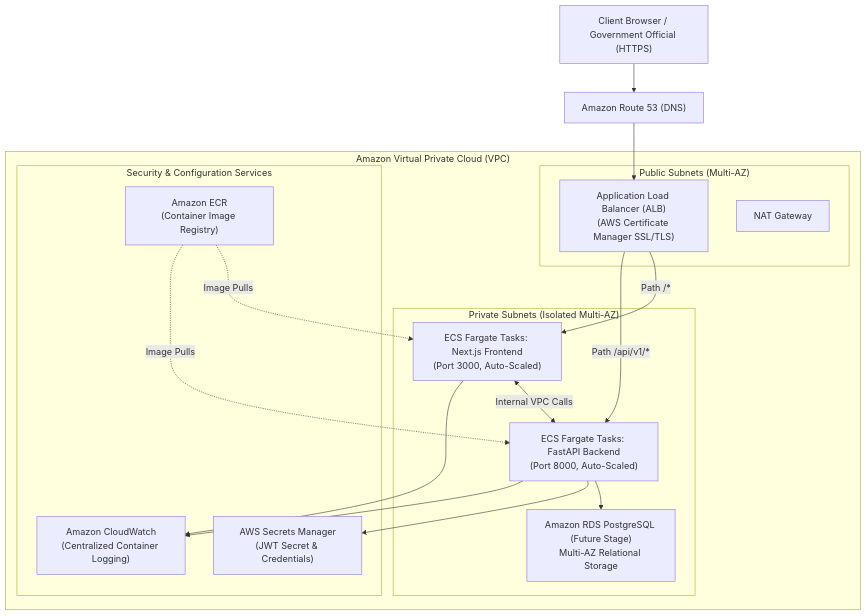
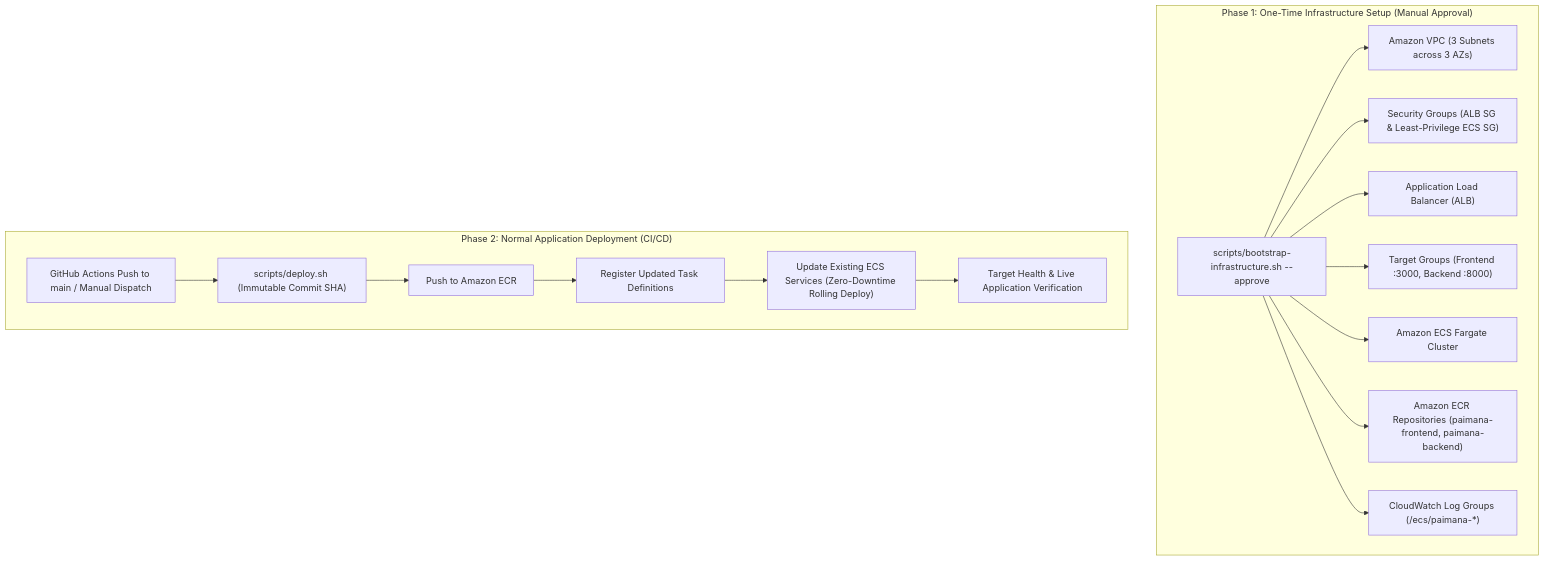
The diagram in docs/sih-2026/10-deployment-guide.md (shaiksuhail-824/AI-Powered-Predictive-Analytics-Early-Warning-System-for-Infrastructure-Projects), drawn with Mermaid before and after one commit. The commit also changed other lines of this file and 37 other files, not shown here.

````diff
--- a/docs/sih-2026/10-deployment-guide.md
+++ b/docs/sih-2026/10-deployment-guide.md
@@ -72,32 +49,26 @@
 ```mermaid
 flowchart TD
-    User["Client Browser / Government Official (HTTPS)"] --> DNS["Amazon Route 53 (DNS)"]
-    DNS --> ALB["Application Load Balancer (ALB)<br/>(AWS Certificate Manager SSL/TLS)"]
-    
-    subgraph VPC ["Amazon Virtual Private Cloud (VPC)"]
-        subgraph PublicSubnet ["Public Subnets (Multi-AZ)"]
-            NAT["NAT Gateway"]
-            ALB
-        end
+    subgraph Phase1 ["Phase 1: One-Time Infrastructure Setup (Manual Approval)"]
+        Setup["scripts/bootstrap-infrastructure.sh --approve"]
+        VPC["Amazon VPC (3 Subnets across 3 AZs)"]
+        SGs["Security Groups (ALB SG & Least-Privilege ECS SG)"]
+        ALB["Application Load Balancer (ALB)"]
+        TGs["Target Groups (Frontend :3000, Backend :8000)"]
+        Cluster["Amazon ECS Fargate Cluster"]
+        ECRs["Amazon ECR Repositories (paimana-frontend, paimana-backend)"]
+        Logs["CloudWatch Log Groups (/ecs/paimana-*)"]
         
-        subgraph PrivateSubnet ["Private Subnets (Isolated Multi-AZ)"]
-            ECS_FE["ECS Fargate Tasks: Next.js Frontend<br/>(Port 3000, Auto-Scaled)"]
-            ECS_BE["ECS Fargate Tasks: FastAPI Backend<br/>(Port 8000, Auto-Scaled)"]
-            RDS["Amazon RDS PostgreSQL (Future Stage)<br/>Multi-AZ Relational Storage"]
-        end
-        
-        subgraph CloudSecurity ["Security & Configuration Services"]
-            ECR["Amazon ECR<br/>(Container Image Registry)"]
-            Secrets["AWS Secrets Manager<br/>(JWT Secret & Credentials)"]
-            Logs["Amazon CloudWatch<br/>(Centralized Container Logging)"]
-        end
+        Setup --> VPC & SGs & ALB & TGs & Cluster & ECRs & Logs
     end
 
-    ALB -->|Path /*| ECS_FE
-    ALB -->|Path /api/v1/*| ECS_BE
-    ECS_FE <-->|Internal VPC Calls| ECS_BE
-    ECS_BE --> RDS
-    ECS_BE --> Secrets
-    ECS_FE & ECS_BE --> Logs
-    ECR -.->|Image Pulls| ECS_FE & ECS_BE
+    subgraph Phase2 ["Phase 2: Normal Application Deployment (CI/CD)"]
+        Trigger["GitHub Actions Push to main / Manual Dispatch"]
+        Build["scripts/deploy.sh (Immutable Commit SHA)"]
+        Push["Push to Amazon ECR"]
+        TaskDef["Register Updated Task Definitions"]
+        Update["Update Existing ECS Services (Zero-Downtime Rolling Deploy)"]
+        Verify["Target Health & Live Application Verification"]
+        
+        Trigger --> Build --> Push --> TaskDef --> Update --> Verify
+    end
 ```
````
